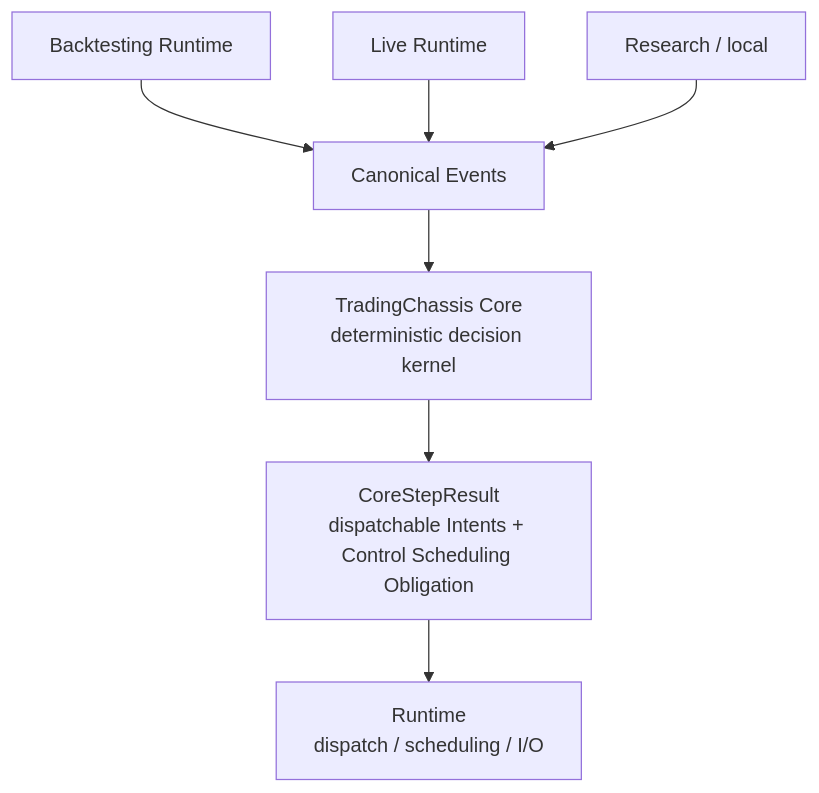
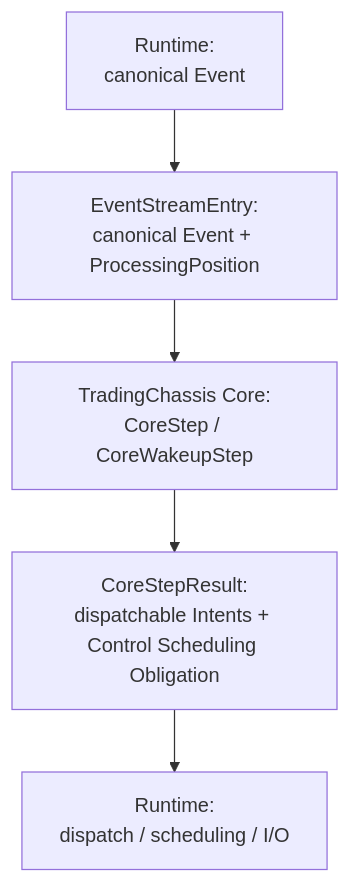
One commit to trading-engineering/trading-platform changed the diagram in README.md. Above: the diagram before and after it, drawn with Mermaid. The commit also changed other lines of this file, not shown here.

Commit message:
docs(core): clarify motivation and backtest live parity

````diff
--- a/README.md
+++ b/README.md
@@ -85,9 +85,7 @@
 ```mermaid
 flowchart TB
-    BT["Backtesting Runtime"] --> CE["Canonical Events"]
-    LV["Live Runtime"] --> CE
-    RS["Research / local"] --> CE
-    CE --> CORE["TradingChassis Core<br/>deterministic decision kernel"]
-    CORE --> RES["CoreStepResult<br/>dispatchable Intents + Control Scheduling Obligation"]
-    RES --> RT["Runtime<br/>dispatch / scheduling / I/O"]
+    R1["Runtime:<br/>canonical Event"] --> Entry["EventStreamEntry:<br/>canonical Event + ProcessingPosition"]
+    Entry --> Core["TradingChassis Core:<br/>CoreStep / CoreWakeupStep"]
+    Core --> Result["CoreStepResult:<br/>dispatchable Intents + Control Scheduling Obligation"]
+    Result --> R2["Runtime:<br/>dispatch / scheduling / I/O"]
 ```
````
